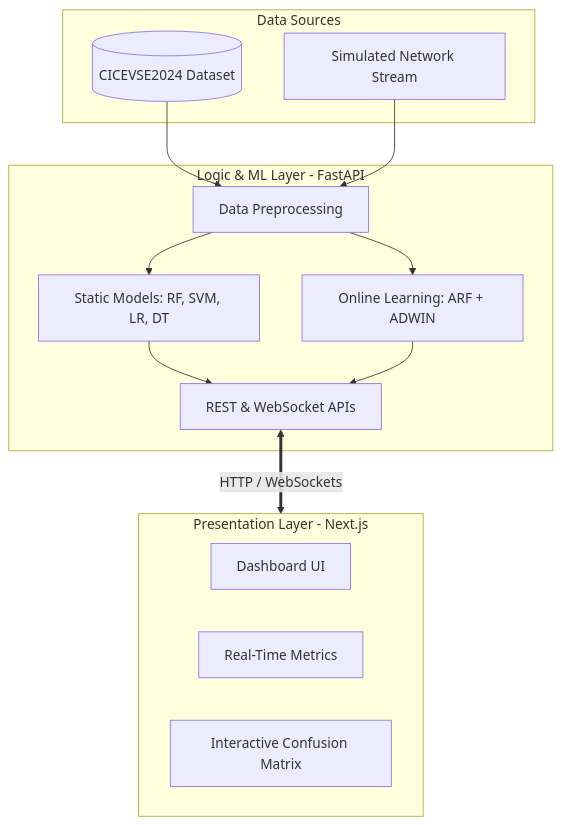
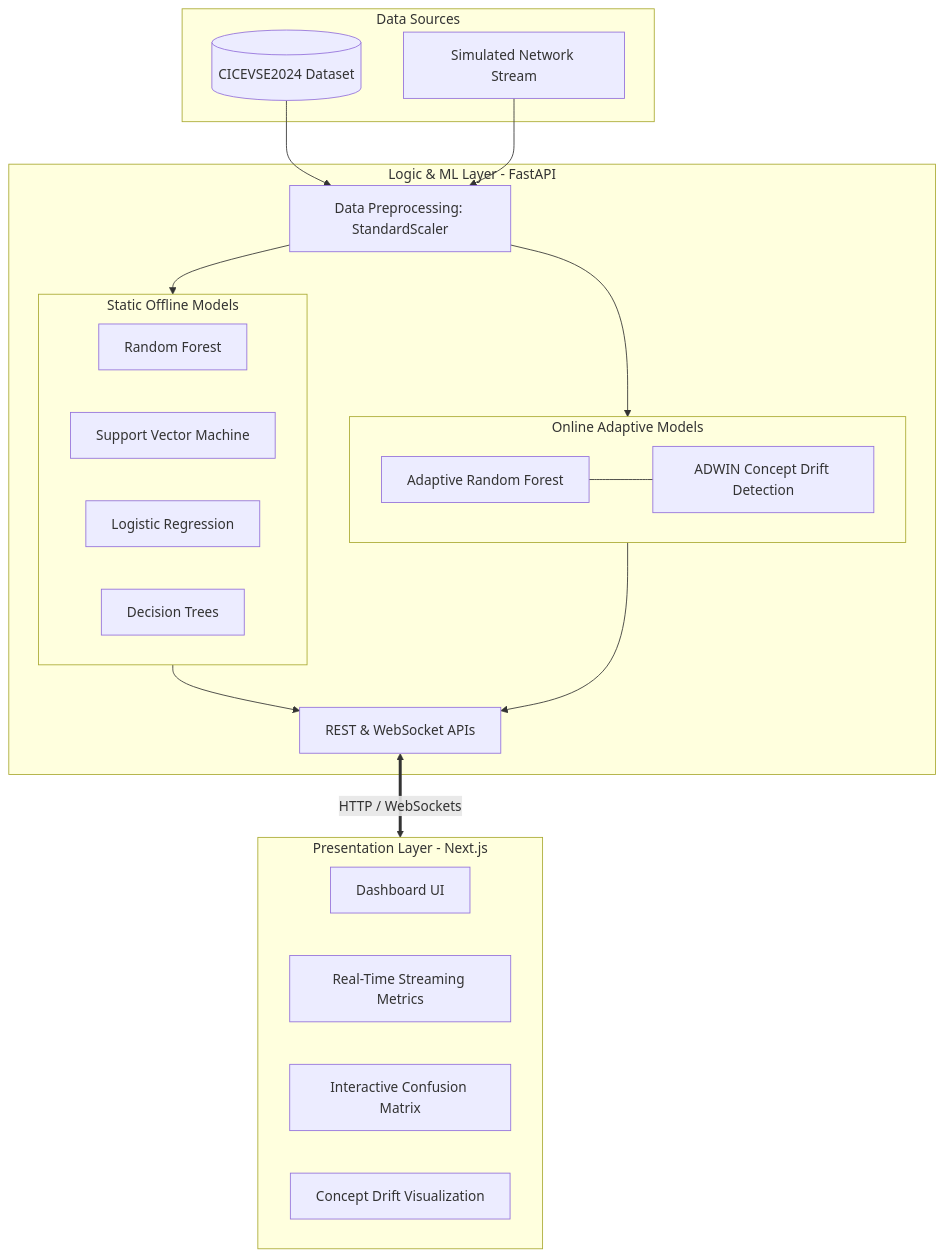
Before and after one commit to Mukta01/EVNet_Sentinel: the diagram in docs/ARCHITECTURE.md, drawn with Mermaid. The commit also changed other lines of this file and 4 other files, not shown here.

Commit message:
docs: document papers 4-5 and enhance architecture and readme

````diff
--- a/docs/ARCHITECTURE.md
+++ b/docs/ARCHITECTURE.md
@@ -7,30 +9,43 @@
 ```mermaid
 flowchart TB
-    subgraph Frontend [Presentation Layer - Next.js]
-        UI[Dashboard UI]
-        Metrics[Real-Time Metrics]
-        CM[Interactive Confusion Matrix]
+    subgraph Data [Data Sources]
+        Dataset[(CICEVSE2024 Dataset)]
+        Stream[Simulated Network Stream]
     end
 
     subgraph Backend [Logic & ML Layer - FastAPI]
+        Preprocess[Data Preprocessing: StandardScaler]
+        
+        subgraph StaticML [Static Offline Models]
+            RF[Random Forest]
+            SVM[Support Vector Machine]
+            LR[Logistic Regression]
+            DT[Decision Trees]
+        end
+        
+        subgraph OnlineML [Online Adaptive Models]
+            ARF[Adaptive Random Forest]
+            ADWIN[ADWIN Concept Drift Detection]
+            ARF --- ADWIN
+        end
+        
         API[REST & WebSocket APIs]
-        StaticML[Static Models: RF, SVM, LR, DT]
-        OnlineML[Online Learning: ARF + ADWIN]
-        Preprocess[Data Preprocessing]
     end
 
-    subgraph Data [Data Sources]
-        Dataset[(CICEVSE2024 Dataset)]
-        Stream[Simulated Network Stream]
+    subgraph Frontend [Presentation Layer - Next.js]
+        UI[Dashboard UI]
+        Metrics[Real-Time Streaming Metrics]
+        CM[Interactive Confusion Matrix]
+        DriftVis[Concept Drift Visualization]
     end
 
     Dataset --> Preprocess
     Stream --> Preprocess
     Preprocess --> StaticML
     Preprocess --> OnlineML
     
     StaticML --> API
     OnlineML --> API
     
     API <==>|HTTP / WebSockets| Frontend
 ```
````
